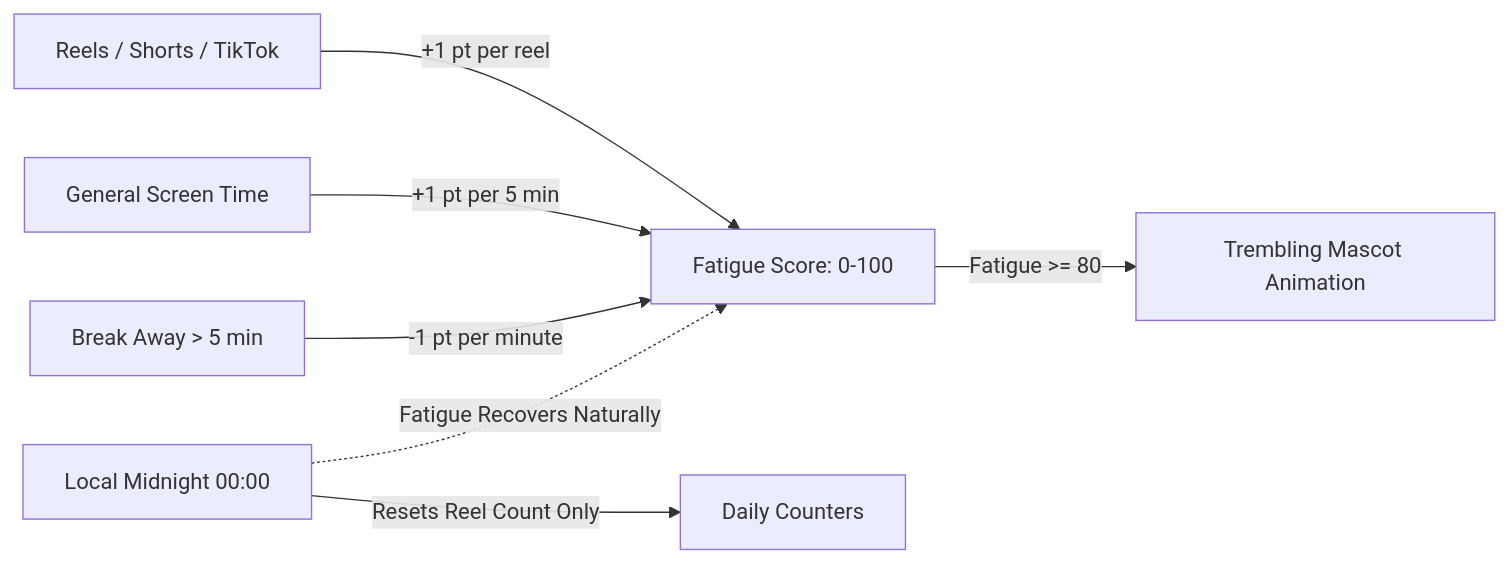
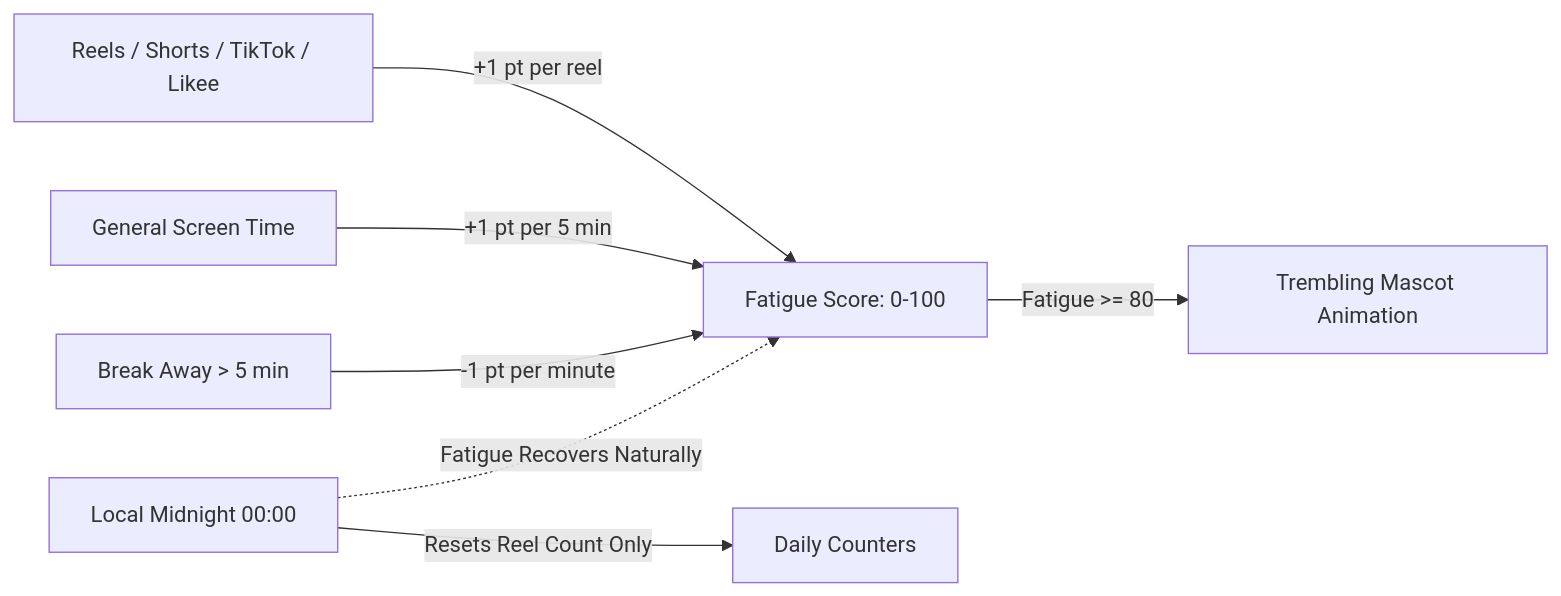
One commit to dev-talha/brain-buddy changed the diagram in README.md. Above: the diagram before and after it, drawn with Mermaid. The commit also changed other lines of this file, not shown here.

````diff
--- a/README.md
+++ b/README.md
@@ -90,9 +99,9 @@
 ```mermaid
 flowchart LR
-    A[Reels / Shorts / TikTok] -->|+1 pt per reel| B[Fatigue Score: 0-100]
+    A[Reels / Shorts / TikTok / Likee] -->|+1 pt per reel| B[Fatigue Score: 0-100]
     C[General Screen Time] -->|+1 pt per 5 min| B
     B -->|Fatigue >= 80| D[Trembling Mascot Animation]
     E[Break Away > 5 min] -->|-1 pt per minute| B
     F[Local Midnight 00:00] -->|Resets Reel Count Only| G[Daily Counters]
     F -.->|Fatigue Recovers Naturally| B
 ```
````
